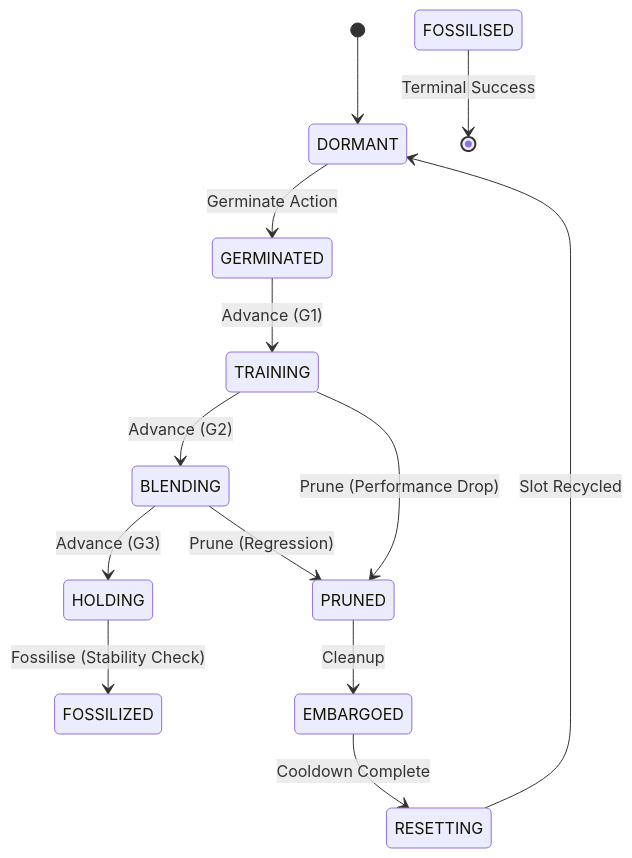
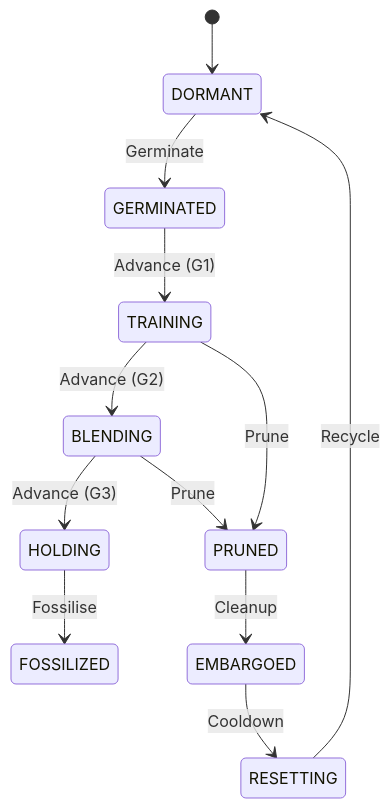
The diagram in README.md (tachyon-beep/esper-lite), drawn with Mermaid before and after one commit. The commit also changed other lines of this file, not shown here.

````diff
--- a/README.md
+++ b/README.md
@@ -95,15 +175,14 @@
 ```mermaid
 stateDiagram-v2
     [*] --> DORMANT
-    DORMANT --> GERMINATED: Germinate Action
+    DORMANT --> GERMINATED: Germinate
     GERMINATED --> TRAINING: Advance (G1)
     TRAINING --> BLENDING: Advance (G2)
-    TRAINING --> PRUNED: Prune (Performance Drop)
     BLENDING --> HOLDING: Advance (G3)
-    BLENDING --> PRUNED: Prune (Regression)
-    HOLDING --> FOSSILIZED: Fossilise (Stability Check)
-    FOSSILISED --> [*]: Terminal Success
+    HOLDING --> FOSSILIZED: Fossilise
+    TRAINING --> PRUNED: Prune
+    BLENDING --> PRUNED: Prune
     PRUNED --> EMBARGOED: Cleanup
-    EMBARGOED --> RESETTING: Cooldown Complete
-    RESETTING --> DORMANT: Slot Recycled
+    EMBARGOED --> RESETTING: Cooldown
+    RESETTING --> DORMANT: Recycle
 ```
````
